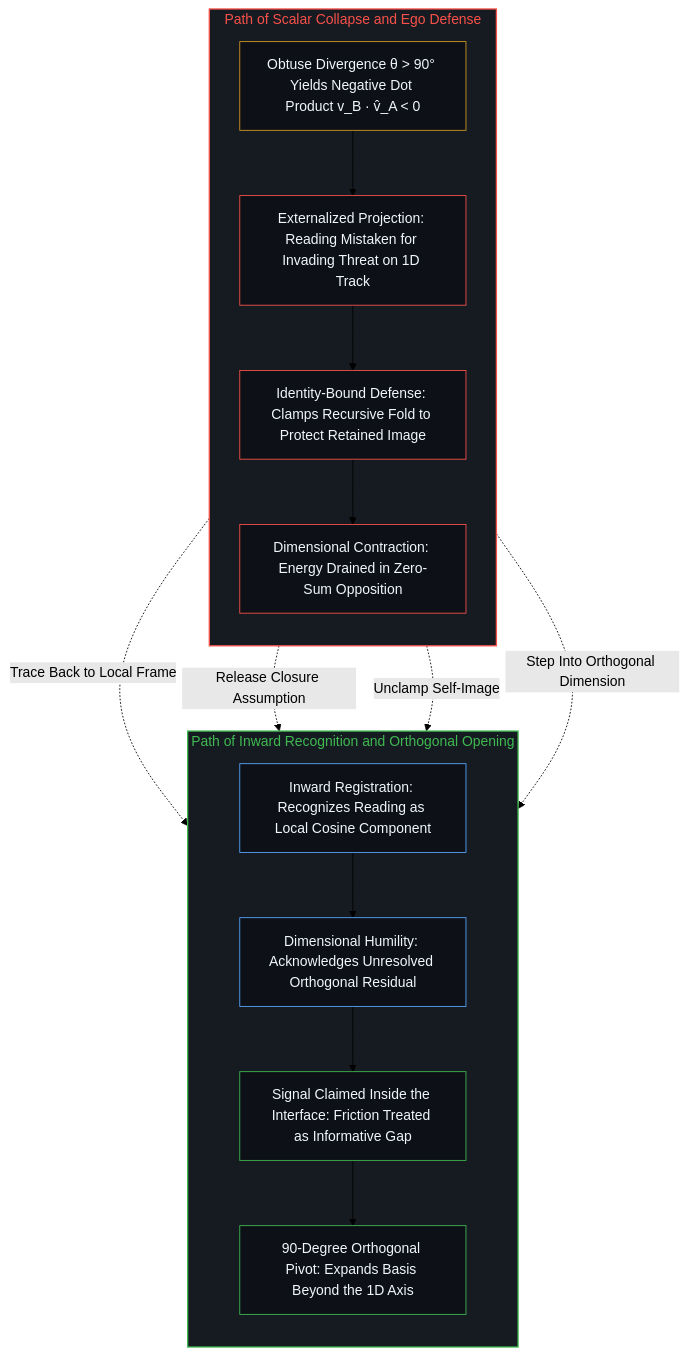
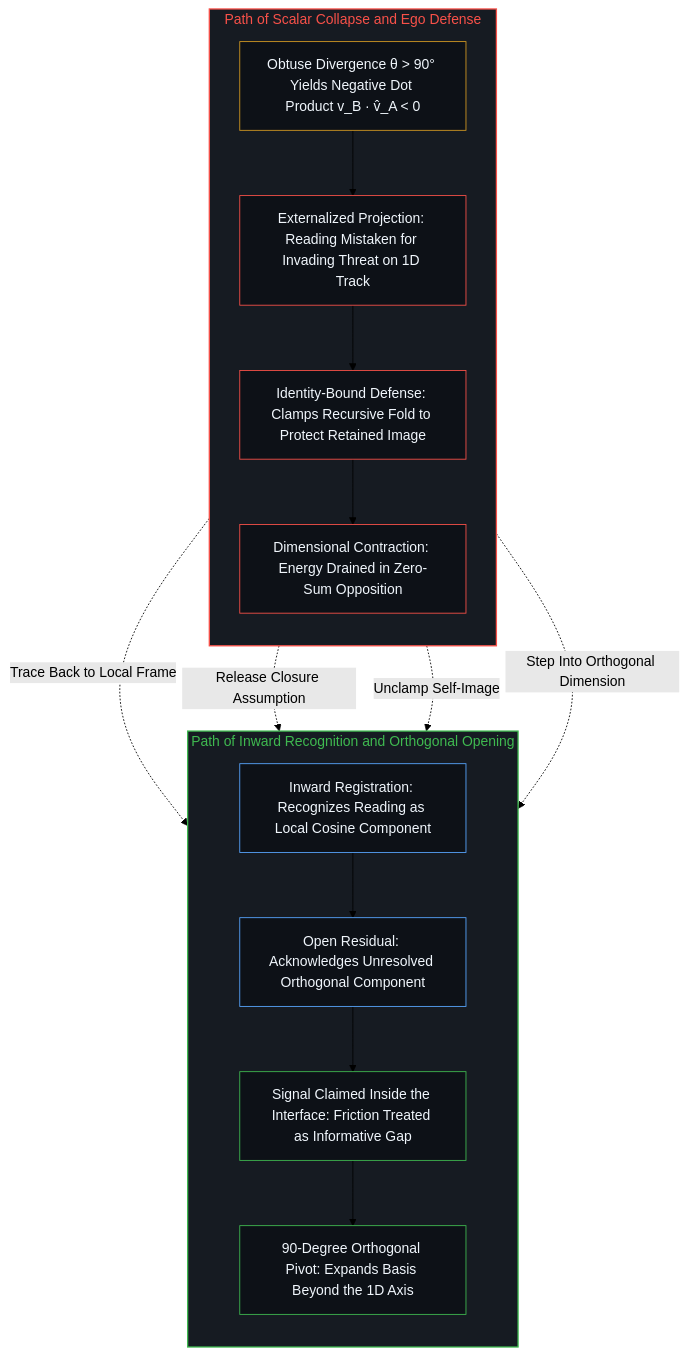
Before and after one commit to powerpig99/not-a-toe: the sixth of 8 diagrams in content/posts/the-mind-as-vector-and-coordinate-system.md, drawn with Mermaid (forest theme). The commit also changed other lines of this file and 13 other files, not shown here.

````diff
--- a/content/posts/the-mind-as-vector-and-coordinate-system.md
+++ b/content/posts/the-mind-as-vector-and-coordinate-system.md
@@ -179,33 +179,33 @@
 ```mermaid
 flowchart TD
     subgraph S_Collapse["Path of Scalar Collapse and Ego Defense"]
         direction TB
         C1["Obtuse Divergence θ > 90° Yields Negative Dot Product v_B · v̂_A < 0"]
         C2["Externalized Projection: Reading Mistaken for Invading Threat on 1D Track"]
         C3["Identity-Bound Defense: Clamps Recursive Fold to Protect Retained Image"]
         C4["Dimensional Contraction: Energy Drained in Zero-Sum Opposition"]
         C1 --> C2 --> C3 --> C4
     end
     subgraph S_Clarify["Path of Inward Recognition and Orthogonal Opening"]
         direction TB
         D1["Inward Registration: Recognizes Reading as Local Cosine Component"]
-        D2["Dimensional Humility: Acknowledges Unresolved Orthogonal Residual"]
+        D2["Open Residual: Acknowledges Unresolved Orthogonal Component"]
         D3["Signal Claimed Inside the Interface: Friction Treated as Informative Gap"]
         D4["90-Degree Orthogonal Pivot: Expands Basis Beyond the 1D Axis"]
         D1 --> D2 --> D3 --> D4
     end
     C1 -.->|"Trace Back to Local Frame"| D1
     C2 -.->|"Release Closure Assumption"| D2
     C3 -.->|"Unclamp Self-Image"| D3
     C4 -.->|"Step Into Orthogonal Dimension"| D4
     style S_Collapse fill:#161b22,stroke:#f85149,stroke-width:1.5px,color:#f85149
     style S_Clarify fill:#161b22,stroke:#3fb950,stroke-width:1.5px,color:#3fb950
     style C1 fill:#0d1117,stroke:#d29922,stroke-width:1px,color:#f0f6fc
     style C2 fill:#0d1117,stroke:#f85149,stroke-width:1px,color:#f0f6fc
     style C3 fill:#0d1117,stroke:#f85149,stroke-width:1px,color:#f0f6fc
     style C4 fill:#0d1117,stroke:#f85149,stroke-width:1px,color:#f0f6fc
     style D1 fill:#0d1117,stroke:#58a6ff,stroke-width:1px,color:#f0f6fc
     style D2 fill:#0d1117,stroke:#58a6ff,stroke-width:1px,color:#f0f6fc
     style D3 fill:#0d1117,stroke:#3fb950,stroke-width:1px,color:#f0f6fc
     style D4 fill:#0d1117,stroke:#3fb950,stroke-width:1px,color:#f0f6fc
 ```
````
